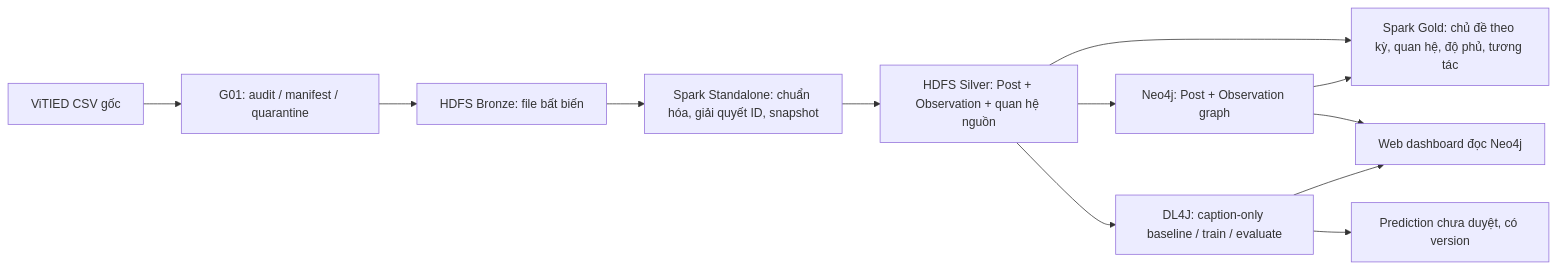
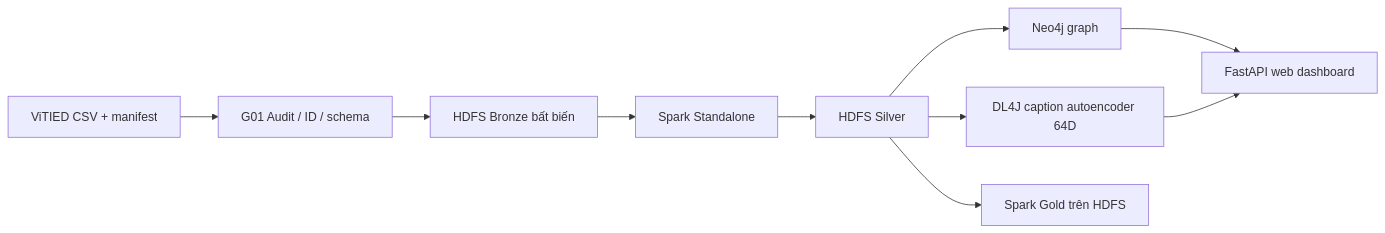
One commit to vzyhug/Tik-Analysis changed the diagram in README.md. Above: the diagram before and after it, drawn with Mermaid. The commit also changed other lines of this file and 36 other files, not shown here.

````diff
--- a/README.md
+++ b/README.md
@@ -47,14 +17,12 @@
 ```mermaid
 flowchart LR
-  V["ViTIED CSV gốc"] --> I["G01: audit / manifest / quarantine"]
-  I --> B["HDFS Bronze: file bất biến"]
-  B --> S["Spark Standalone: chuẩn hóa, giải quyết ID, snapshot"]
-  S --> SV["HDFS Silver: Post + Observation + quan hệ nguồn"]
-  SV --> G["Neo4j: Post + Observation graph"]
-  SV --> M["DL4J: caption-only baseline / train / evaluate"]
-  SV --> A["Spark Gold: chủ đề theo kỳ, quan hệ, độ phủ, tương tác"]
-  M --> P["Prediction chưa duyệt, có version"]
-  G --> A
-  G --> BI["Web dashboard đọc Neo4j"]
-  M --> BI
+  A[ViTIED CSV + manifest] --> B[G01 Audit / ID / schema]
+  B --> C[HDFS Bronze bất biến]
+  C --> D[Spark Standalone]
+  D --> E[HDFS Silver]
+  E --> F[Neo4j graph]
+  E --> G[DL4J caption autoencoder 64D]
+  E --> H[Spark Gold trên HDFS]
+  F --> I[FastAPI web dashboard]
+  G --> I
 ```
````
